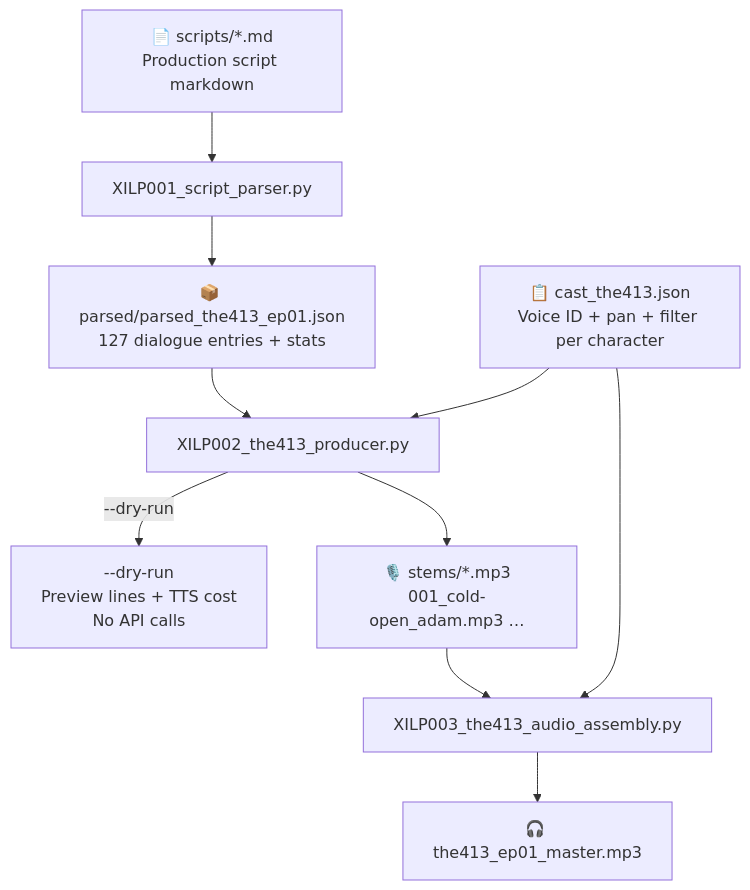
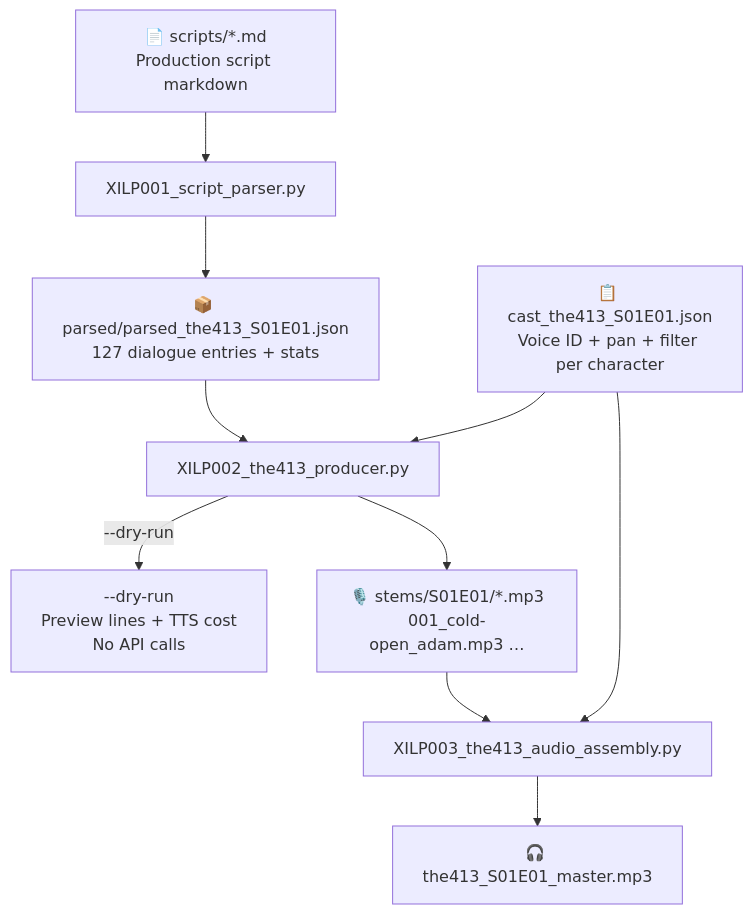
Before and after one commit to tazlin/xil-pipeline: the first of 7 diagrams in docs/pipeline.md, drawn with Mermaid. The commit also changed other lines of this file and 16 other files, not shown here.

````diff
--- a/docs/pipeline.md
+++ b/docs/pipeline.md
@@ -9,26 +9,26 @@
 ```mermaid
 flowchart TD
     S["`📄 scripts/*.md
     Production script markdown`"]
-    C["`📋 cast_the413.json
+    C["`📋 cast_the413_S01E01.json
     Voice ID + pan + filter per character`"]
     P1["XILP001_script_parser.py"]
-    J["`📦 parsed/parsed_the413_ep01.json
+    J["`📦 parsed/parsed_the413_S01E01.json
     127 dialogue entries + stats`"]
     P2["XILP002_the413_producer.py"]
     P3["XILP003_the413_audio_assembly.py"]
     DRY["`--dry-run
     Preview lines + TTS cost
     No API calls`"]
-    ST["`🎙️ stems/*.mp3
+    ST["`🎙️ stems/S01E01/*.mp3
     001_cold-open_adam.mp3 …`"]
-    OUT["🎧 the413_ep01_master.mp3"]
+    OUT["🎧 the413_S01E01_master.mp3"]
 
     S --> P1 --> J
     C --> P2
     J --> P2
     P2 -->|"--dry-run"| DRY
     P2 --> ST
     C --> P3
     ST --> P3 --> OUT
 ```
````
